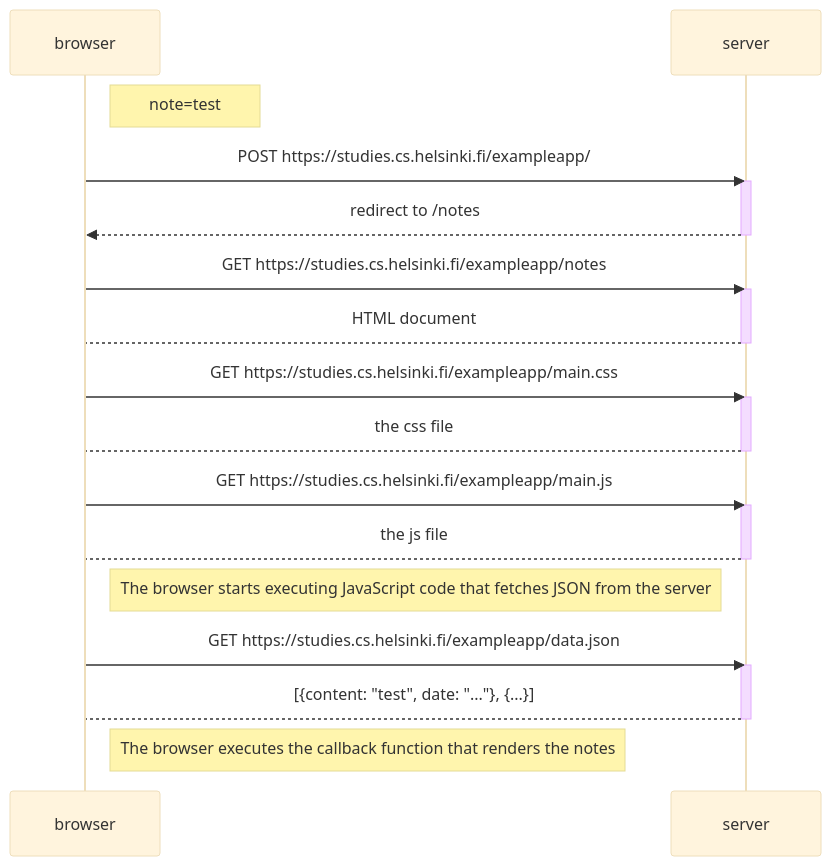
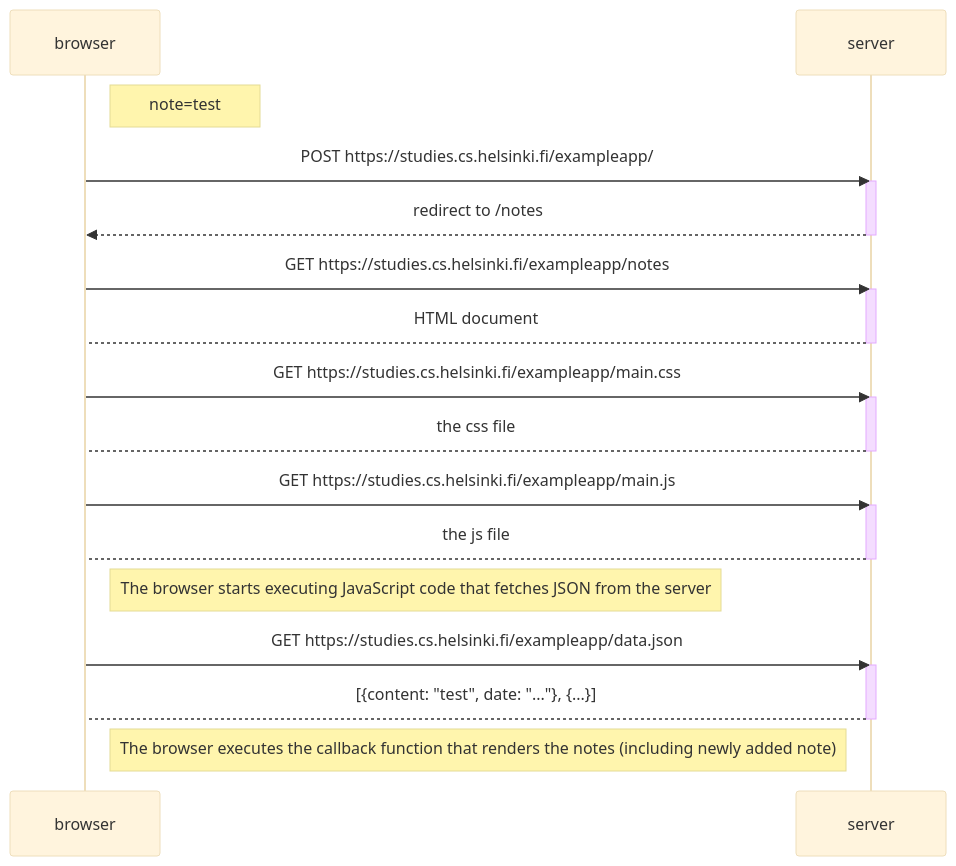
The diagram in part0/exercise_0_4.md (agregat1354/full-stack-open), drawn with Mermaid (base theme) before and after one commit.

Commit message:
Added more precise note to last request

````diff
--- a/part0/exercise_0_4.md
+++ b/part0/exercise_0_4.md
@@ -3,36 +3,36 @@
 ```mermaid
 
 sequenceDiagram
     participant browser
     participant server
 
     Note right of browser: note=test
     browser->>server: POST https://studies.cs.helsinki.fi/exampleapp/
     activate server
     server-->>browser: redirect to /notes
     deactivate server
 
     browser->>server: GET https://studies.cs.helsinki.fi/exampleapp/notes
     activate server
     server-->browser: HTML document
     deactivate server
 
     browser->>server: GET https://studies.cs.helsinki.fi/exampleapp/main.css
     activate server
     server-->browser: the css file
     deactivate server
 
     browser->>server: GET https://studies.cs.helsinki.fi/exampleapp/main.js
     activate server
     server-->browser: the js file
     deactivate server
     Note right of browser: The browser starts executing JavaScript code that fetches JSON from the server
 
     browser->>server: GET https://studies.cs.helsinki.fi/exampleapp/data.json
     activate server
     server-->browser: [{content: "test", date: "..."}, {...}]
     deactivate server
 
-    Note right of browser: The browser executes the callback function that renders the notes
+    Note right of browser: The browser executes the callback function that renders the notes (including newly added note)
 
 ```
````
